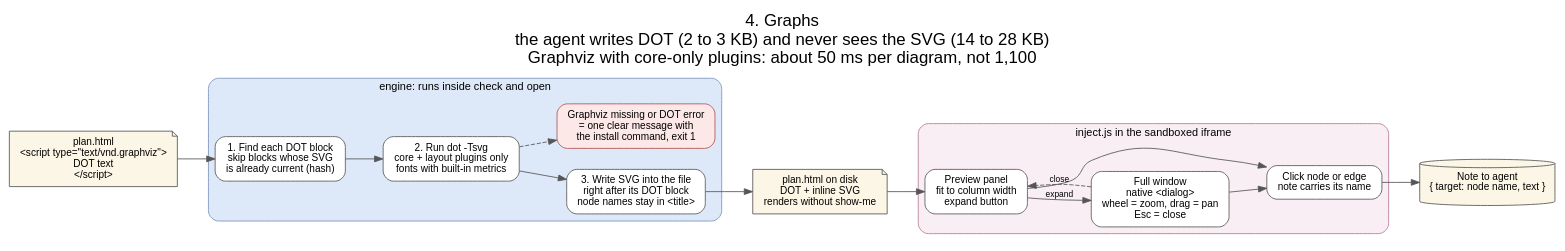
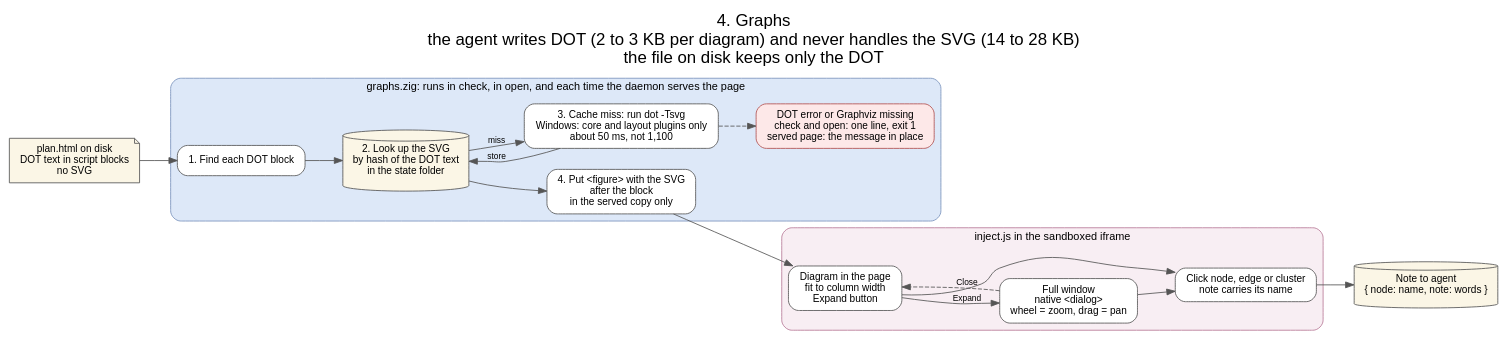
The diagram in design/4-graph.dot (SmitMachhi/show-me), drawn with Graphviz before and after one commit. The commit also changed 2 other files, not shown here.

Commit message:
update design diagrams

```diff
--- a/design/4-graph.dot
+++ b/design/4-graph.dot
@@ -1,35 +1,36 @@
-// show-me: graphs. The agent writes DOT only. The engine calls Graphviz and inlines the SVG.
+// show-me: graphs. The agent writes DOT only. The daemon calls Graphviz when it serves the page.
 digraph graphmod {
   rankdir=LR; nodesep=0.35; ranksep=0.6;
   fontname="Arial"; fontsize=20; labelloc=t;
-  label="4. Graphs\nthe agent writes DOT (2 to 3 KB) and never sees the SVG (14 to 28 KB)\nGraphviz with core-only plugins: about 50 ms per diagram, not 1,100";
+  label="4. Graphs\nthe agent writes DOT (2 to 3 KB per diagram) and never handles the SVG (14 to 28 KB)\nthe file on disk keeps only the DOT";
   node [shape=box, style="rounded,filled", fillcolor="#ffffff", fontname="Arial", fontsize=12, margin="0.18,0.1", color="#555555"];
   edge [fontname="Arial", fontsize=10, color="#555555"];
 
-  src [label="plan.html\n<script type=\"text/vnd.graphviz\">\nDOT text\n</script>", shape=note, fillcolor="#fbf6e6"];
+  src [label="plan.html on disk\nDOT text in script blocks\nno SVG", shape=note, fillcolor="#fbf6e6"];
 
   subgraph cluster_engine {
-    label="engine: runs inside check and open"; style="rounded,filled"; fillcolor="#dde8f8"; color="#7a93bd"; fontsize=13;
-    find  [label="1. Find each DOT block\nskip blocks whose SVG\nis already current (hash)"];
-    dot   [label="2. Run dot -Tsvg\ncore + layout plugins only\nfonts with built-in metrics"];
-    bake  [label="3. Write SVG into the file\nright after its DOT block\nnode names stay in <title>"];
-    err   [label="Graphviz missing or DOT error\n= one clear message with\nthe install command, exit 1", fillcolor="#fde8e8", color="#b05050"];
+    label="graphs.zig: runs in check, in open, and each time the daemon serves the page"; style="rounded,filled"; fillcolor="#dde8f8"; color="#7a93bd"; fontsize=13;
+    find  [label="1. Find each DOT block"];
+    cache [label="2. Look up the SVG\nby hash of the DOT text\nin the state folder", shape=cylinder, fillcolor="#fbf6e6"];
+    dot   [label="3. Cache miss: run dot -Tsvg\nWindows: core and layout plugins only\nabout 50 ms, not 1,100"];
+    put   [label="4. Put <figure> with the SVG\nafter the block\nin the served copy only"];
+    err   [label="DOT error or Graphviz missing\ncheck and open: one line, exit 1\nserved page: the message in place", fillcolor="#fde8e8", color="#b05050"];
   }
-
-  out [label="plan.html on disk\nDOT + inline SVG\nrenders without show-me", shape=note, fillcolor="#fbf6e6"];
 
   subgraph cluster_browser {
     label="inject.js in the sandboxed iframe"; style="rounded,filled"; fillcolor="#f8eef3"; color="#b87a98"; fontsize=13;
-    panel  [label="Preview panel\nfit to column width\nexpand button"];
-    full   [label="Full window\nnative <dialog>\nwheel = zoom, drag = pan\nEsc = close"];
-    click  [label="Click node or edge\nnote carries its name"];
+    panel  [label="Diagram in the page\nfit to column width\nExpand button"];
+    full   [label="Full window\nnative <dialog>\nwheel = zoom, drag = pan"];
+    click  [label="Click node, edge or cluster\nnote carries its name"];
   }
-  notes [label="Note to agent\n{ target: node name, text }", shape=cylinder, fillcolor="#fbf6e6"];
+  notes [label="Note to agent\n{ node: name, note: words }", shape=cylinder, fillcolor="#fbf6e6"];
 
-  src -> find -> dot -> bake -> out -> panel;
+  src -> find -> cache -> put -> panel;
+  cache -> dot [label="miss"];
+  dot -> cache [label="store"];
   dot -> err [style=dashed];
-  panel -> full [label="expand"];
-  full -> panel [label="close", style=dashed, constraint=false];
+  panel -> full [label="Expand"];
+  full -> panel [label="Close", style=dashed, constraint=false];
   panel -> click; full -> click;
   click -> notes;
 }
```
